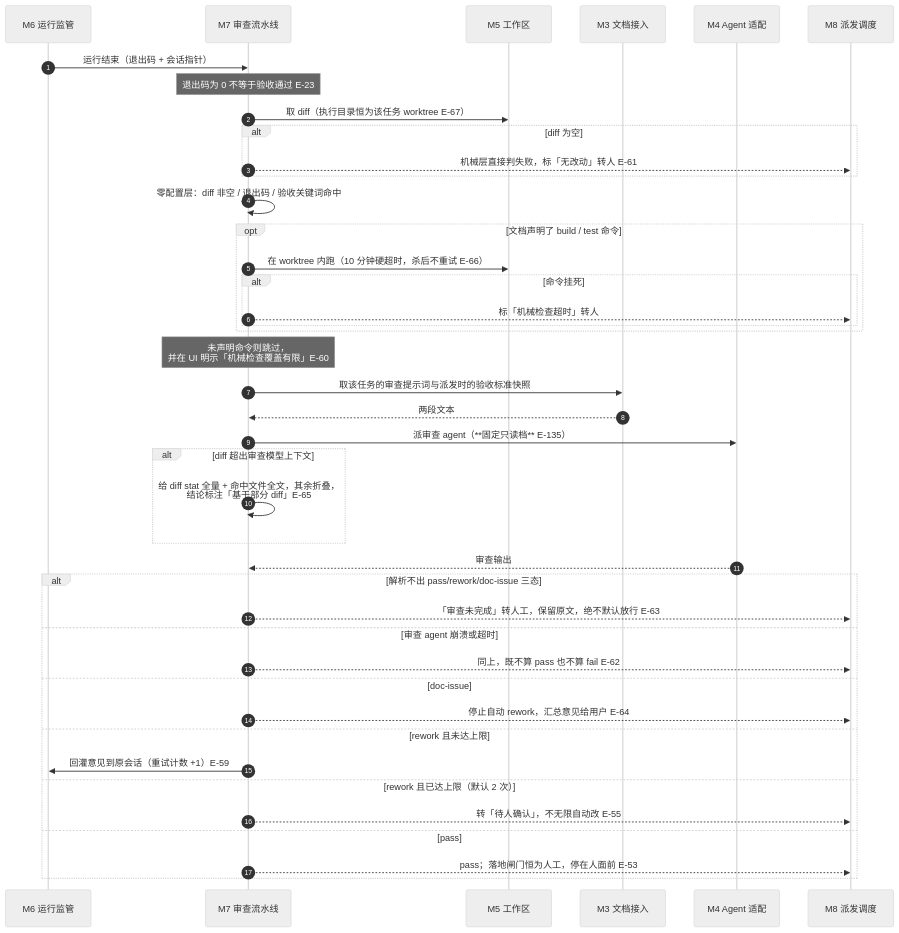
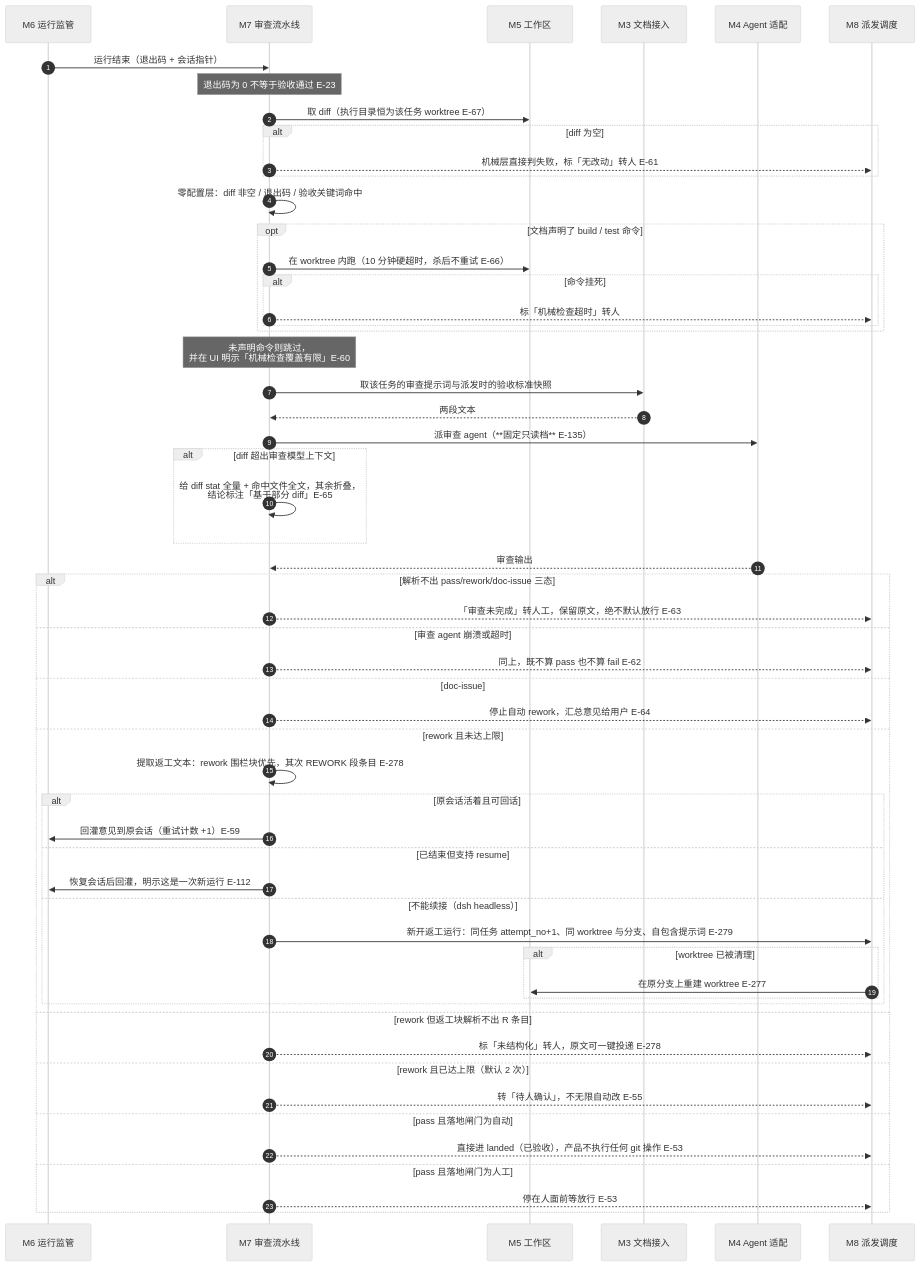
The third of 5 diagrams in docs/Agent任务调度器-开发文档/02-设计/12-UX.md (dawanglaohu/renwudiaoduqi), drawn with Mermaid (neutral theme) before and after one commit. The commit also changed other lines of this file and 156 other files, not shown here.

````diff
--- a/docs/Agent任务调度器-开发文档/02-设计/12-UX.md
+++ b/docs/Agent任务调度器-开发文档/02-设计/12-UX.md
@@ -101,45 +101,59 @@
 ```mermaid
 sequenceDiagram
   autonumber
   participant M6 as M6 运行监管
   participant M7 as M7 审查流水线
   participant M5 as M5 工作区
   participant M3 as M3 文档接入
   participant M4 as M4 Agent 适配
   participant M8 as M8 派发调度
 
   M6->>M7: 运行结束（退出码 + 会话指针）
   Note over M7: 退出码为 0 不等于验收通过 E-23
   M7->>M5: 取 diff（执行目录恒为该任务 worktree E-67）
   alt diff 为空
     M7-->>M8: 机械层直接判失败，标「无改动」转人 E-61
   end
   M7->>M7: 零配置层：diff 非空 / 退出码 / 验收关键词命中
   opt 文档声明了 build / test 命令
     M7->>M5: 在 worktree 内跑（10 分钟硬超时，杀后不重试 E-66）
     alt 命令挂死
       M7-->>M8: 标「机械检查超时」转人
     end
   end
   Note over M7: 未声明命令则跳过，<br/>并在 UI 明示「机械检查覆盖有限」E-60
   M7->>M3: 取该任务的审查提示词与派发时的验收标准快照
   M3-->>M7: 两段文本
   M7->>M4: 派审查 agent（**固定只读档** E-135）
   alt diff 超出审查模型上下文
     M7->>M7: 给 diff stat 全量 + 命中文件全文，其余折叠，<br/>结论标注「基于部分 diff」E-65
   end
   M4-->>M7: 审查输出
   alt 解析不出 pass/rework/doc-issue 三态
     M7-->>M8: 「审查未完成」转人工，保留原文，绝不默认放行 E-63
   else 审查 agent 崩溃或超时
     M7-->>M8: 同上，既不算 pass 也不算 fail E-62
   else doc-issue
     M7-->>M8: 停止自动 rework，汇总意见给用户 E-64
   else rework 且未达上限
-    M7->>M6: 回灌意见到原会话（重试计数 +1）E-59
+    M7->>M7: 提取返工文本：rework 围栏块优先，其次 REWORK 段条目 E-278
+    alt 原会话活着且可回话
+      M7->>M6: 回灌意见到原会话（重试计数 +1）E-59
+    else 已结束但支持 resume
+      M7->>M6: 恢复会话后回灌，明示这是一次新运行 E-112
+    else 不能续接（dsh headless）
+      M7->>M8: 新开返工运行：同任务 attempt_no+1、同 worktree 与分支、自包含提示词 E-279
+      alt worktree 已被清理
+        M8->>M5: 在原分支上重建 worktree E-277
+      end
+    end
+  else rework 但返工块解析不出 R 条目
+    M7-->>M8: 标「未结构化」转人，原文可一键投递 E-278
   else rework 且已达上限（默认 2 次）
     M7-->>M8: 转「待人确认」，不无限自动改 E-55
-  else pass
-    M7-->>M8: pass；落地闸门恒为人工，停在人面前 E-53
+  else pass 且落地闸门为自动
+    M7-->>M8: 直接进 landed（已验收），产品不执行任何 git 操作 E-53
+  else pass 且落地闸门为人工
+    M7-->>M8: 停在人面前等放行 E-53
   end
 ```
````
